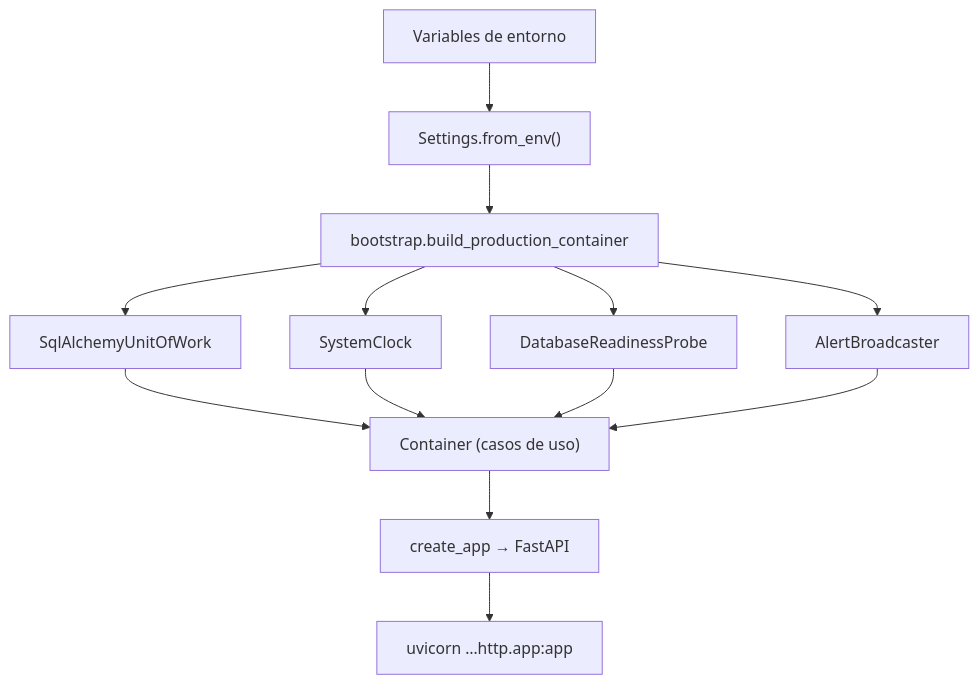
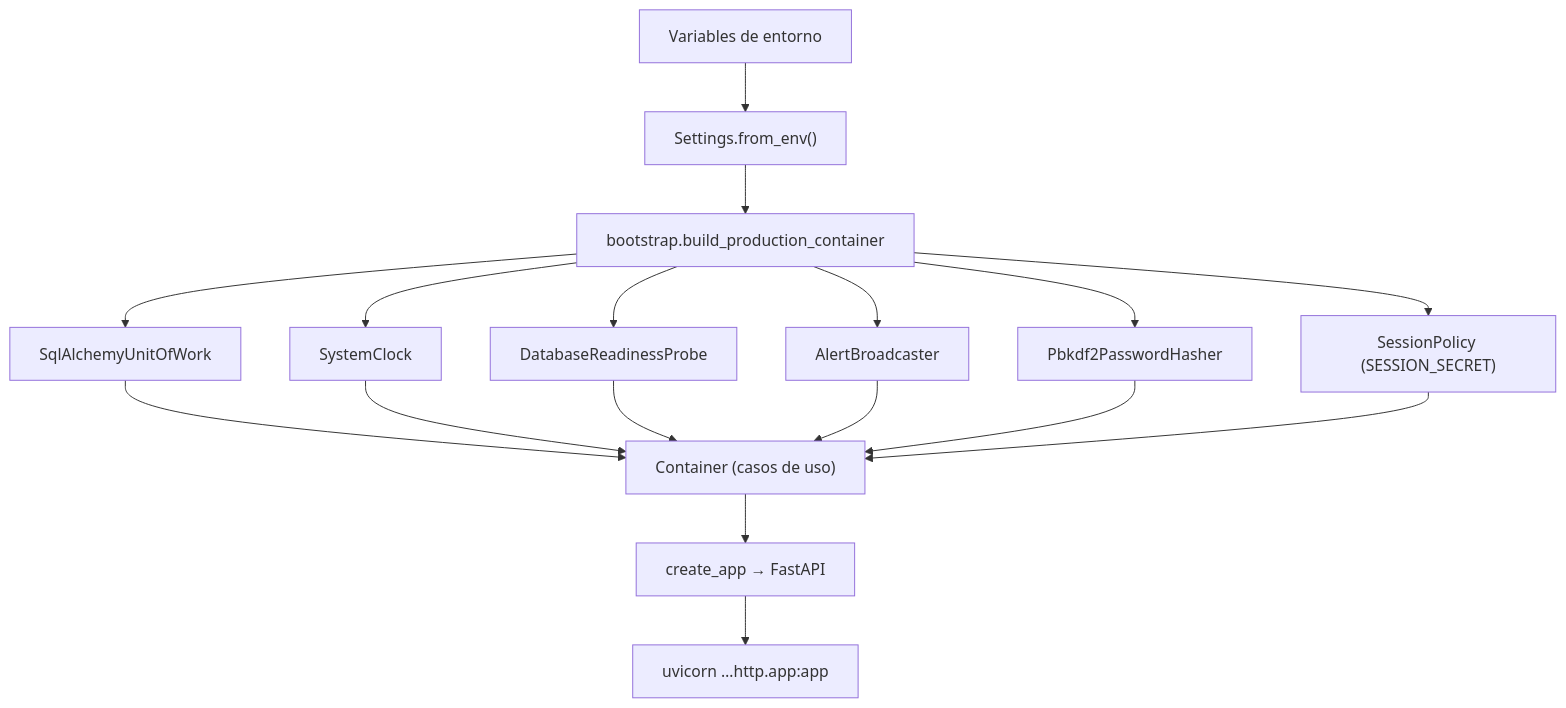
The third of 3 diagrams in docs/arquitectura.md (Luisaparrac/SafeVisionAI-backend), drawn with Mermaid before and after one commit. The commit also changed other lines of this file and 1 other file, not shown here.

````diff
--- a/docs/arquitectura.md
+++ b/docs/arquitectura.md
@@ -159,12 +175,14 @@
 ```mermaid
 flowchart TB
     env["Variables de entorno"] --> settings["Settings.from_env()"]
     settings --> bootstrap["bootstrap.build_production_container"]
     bootstrap --> uow["SqlAlchemyUnitOfWork"]
     bootstrap --> clockp["SystemClock"]
     bootstrap --> probe["DatabaseReadinessProbe"]
     bootstrap --> broadcaster["AlertBroadcaster"]
-    uow & clockp & probe & broadcaster --> container["Container (casos de uso)"]
+    bootstrap --> hasher["Pbkdf2PasswordHasher"]
+    bootstrap --> sessions["SessionPolicy (SESSION_SECRET)"]
+    uow & clockp & probe & broadcaster & hasher & sessions --> container["Container (casos de uso)"]
     container --> app["create_app → FastAPI"]
     app --> uvicorn["uvicorn …http.app:app"]
 ```
````
